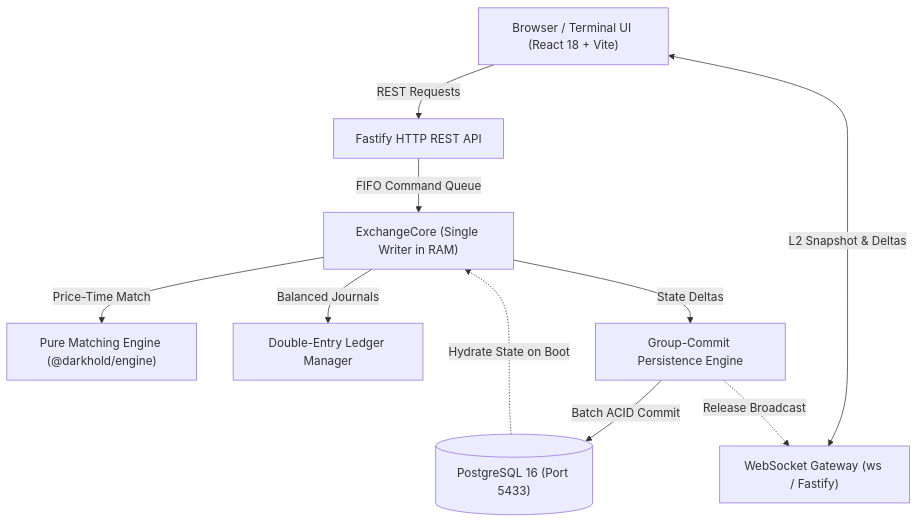
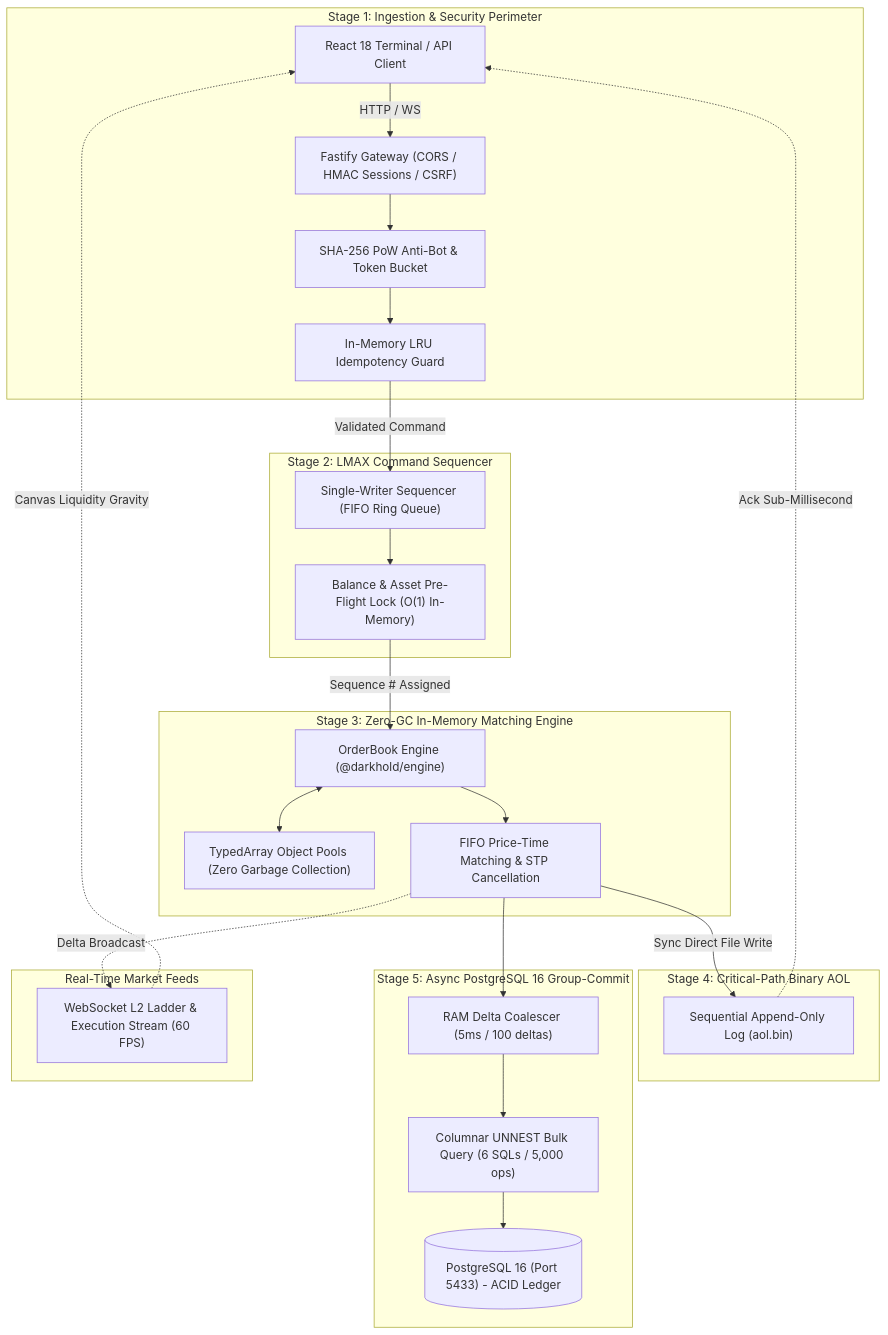
One commit to bamanjaynil/darkhold-exchange changed the diagram in README.md. Above: the diagram before and after it, drawn with Mermaid. The commit also changed other lines of this file and 44 other files, not shown here.

Commit message:
feat: finalize Darkhold Exchange storefront, CLOB, Dutch auctions, UPI ledger, solvency & README

````diff
--- a/README.md
+++ b/README.md
@@ -20,21 +60,47 @@
 ```mermaid
 flowchart TD
-    Client["Browser / Terminal UI (React 18 + Vite)"]
-    WS["WebSocket Gateway (ws / Fastify)"]
-    API["Fastify HTTP REST API"]
-    Core["ExchangeCore (Single Writer in RAM)"]
-    Engine["Pure Matching Engine (@darkhold/engine)"]
-    Ledger["Double-Entry Ledger Manager"]
-    Persist["Group-Commit Persistence Engine"]
-    DB[("PostgreSQL 16 (Port 5433)")]
+    subgraph STAGE_1 ["Stage 1: Ingestion & Security Perimeter"]
+        Client["React 18 Terminal / API Client"]
+        Gateway["Fastify Gateway (CORS / HMAC Sessions / CSRF)"]
+        BotGuard["SHA-256 PoW Anti-Bot & Token Bucket"]
+        Idempotency["In-Memory LRU Idempotency Guard"]
+        Client -->|HTTP / WS| Gateway
+        Gateway --> BotGuard --> Idempotency
+    end
 
-    Client -->|REST Requests| API
-    Client <-->|L2 Snapshot & Deltas| WS
-    API -->|FIFO Command Queue| Core
-    Core -->|Price-Time Match| Engine
-    Core -->|Balanced Journals| Ledger
-    Core -->|State Deltas| Persist
-    Persist -->|Batch ACID Commit| DB
-    Persist -.->|Release Broadcast| WS
-    DB -.->|Hydrate State on Boot| Core
+    subgraph STAGE_2 ["Stage 2: LMAX Command Sequencer"]
+        Sequencer["Single-Writer Sequencer (FIFO Ring Queue)"]
+        PreFlight["Balance & Asset Pre-Flight Lock (O(1) In-Memory)"]
+        Idempotency -->|Validated Command| Sequencer
+        Sequencer --> PreFlight
+    end
+
+    subgraph STAGE_3 ["Stage 3: Zero-GC In-Memory Matching Engine"]
+        Engine["OrderBook Engine (@darkhold/engine)"]
+        Pools["TypedArray Object Pools (Zero Garbage Collection)"]
+        PriceTime["FIFO Price-Time Matching & STP Cancellation"]
+        PreFlight -->|Sequence # Assigned| Engine
+        Engine <--> Pools
+        Engine --> PriceTime
+    end
+
+    subgraph STAGE_4 ["Stage 4: Critical-Path Binary AOL"]
+        AOL["Sequential Append-Only Log (aol.bin)"]
+        PriceTime -->|Sync Direct File Write| AOL
+        AOL -.->|Ack Sub-Millisecond| Client
+    end
+
+    subgraph STAGE_5 ["Stage 5: Async PostgreSQL 16 Group-Commit"]
+        RamCoalesce["RAM Delta Coalescer (5ms / 100 deltas)"]
+        UnnestFlush["Columnar UNNEST Bulk Query (6 SQLs / 5,000 ops)"]
+        Postgres[("PostgreSQL 16 (Port 5433) - ACID Ledger")]
+        PriceTime --> RamCoalesce
+        RamCoalesce --> UnnestFlush --> Postgres
+    end
+
+    subgraph BROADCAST ["Real-Time Market Feeds"]
+        WSFeed["WebSocket L2 Ladder & Execution Stream (60 FPS)"]
+        PriceTime -.->|Delta Broadcast| WSFeed
+        WSFeed -.->|Canvas Liquidity Gravity| Client
+    end
 ```
````
